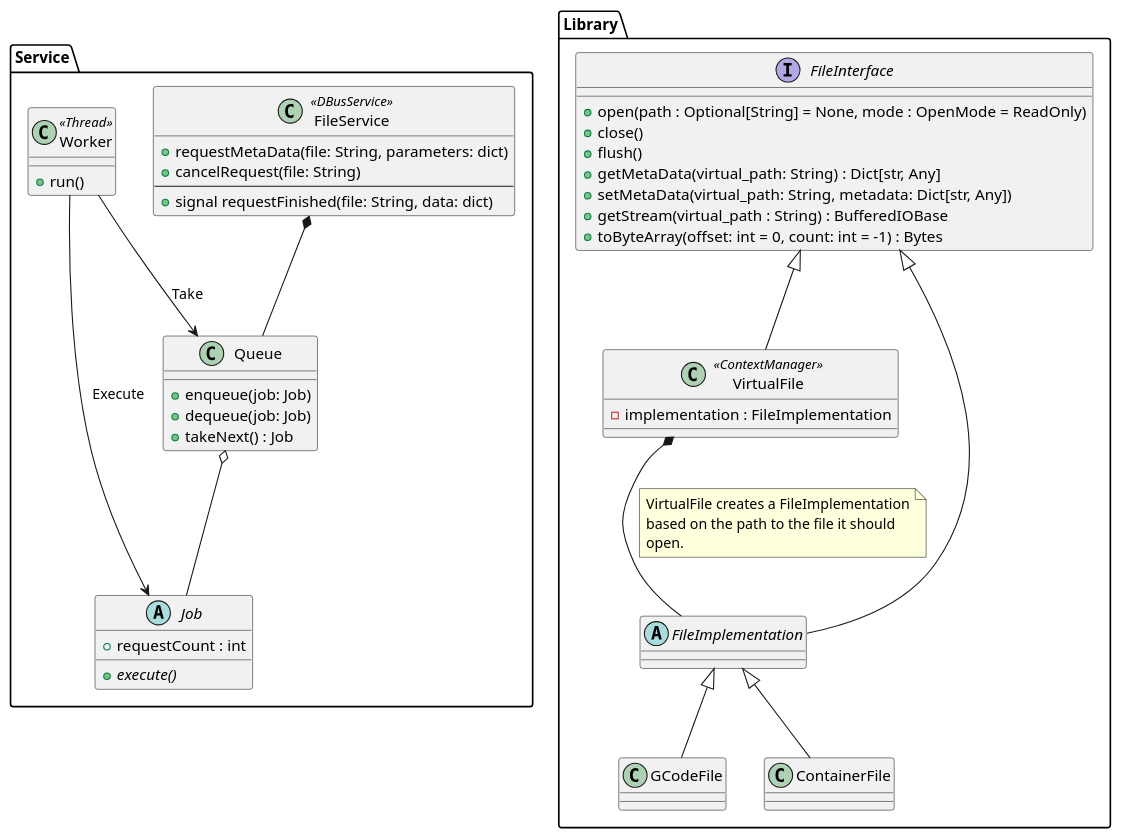
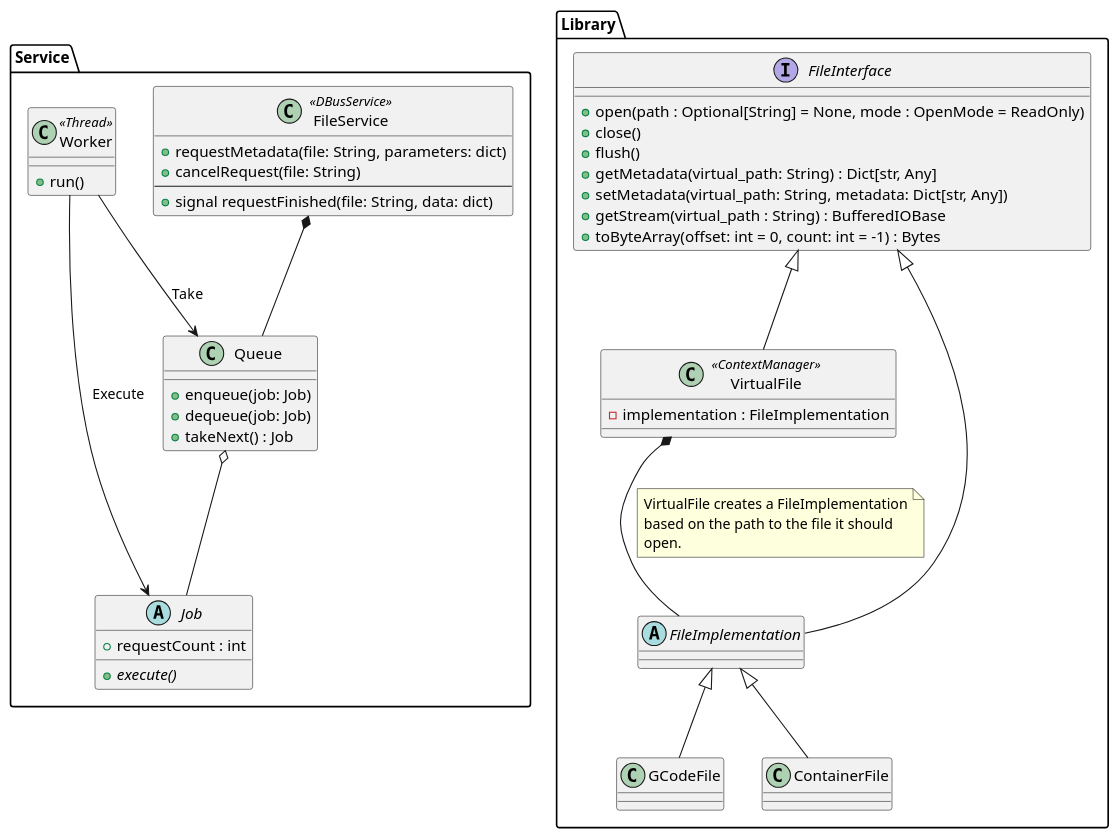
Before and after one commit to Ultimaker/libCharon: the diagram in docs/class_diagram.plantuml, drawn with PlantUML. The commit also changed 1 other file, not shown here.

Commit message:
Consistently use metadata as one word
It was using capital Ds in function names but lowercase ds in parameters. Let's see metadata as one word (like it is) and use lowercase d everywhere.

Contributes to issue CURA-4872.

```diff
--- a/docs/class_diagram.plantuml
+++ b/docs/class_diagram.plantuml
@@ -1,67 +1,67 @@
 @startuml
 
 package Service {
     class FileService << DBusService >> {
-        +requestMetaData(file: String, parameters: dict)
+        +requestMetadata(file: String, parameters: dict)
         +cancelRequest(file: String)
         ---
         +signal requestFinished(file: String, data: dict)
     }
 
     class Queue {
         +enqueue(job: Job)
         +dequeue(job: Job)
         +takeNext() : Job
     }
 
     class Worker << Thread >> {
         +run()
     }
 
     abstract class Job {
         {abstract} +execute()
         +requestCount : int
     }
 
     FileService *-- Queue
 
     Queue o-- Job
 
     Worker --> Queue : Take
     Worker --> Job : Execute
 }
 
 package Library {
 
     interface FileInterface {
         +open(path : Optional[String] = None, mode : OpenMode = ReadOnly)
         +close()
         +flush()
-        +getMetaData(virtual_path: String) : Dict[str, Any]
-        +setMetaData(virtual_path: String, metadata: Dict[str, Any])
+        +getMetadata(virtual_path: String) : Dict[str, Any]
+        +setMetadata(virtual_path: String, metadata: Dict[str, Any])
         +getStream(virtual_path : String) : BufferedIOBase
         +toByteArray(offset: int = 0, count: int = -1) : Bytes
     }
 
     class VirtualFile << ContextManager >> {
         -implementation : FileImplementation
     }
 
     abstract class FileImplementation {
     }
 
     FileInterface <|-- VirtualFile
     FileInterface <|-- FileImplementation
 
     VirtualFile *-- FileImplementation
     note on link
         VirtualFile creates a FileImplementation
         based on the path to the file it should
         open.
     end note
 
     FileImplementation <|-- GCodeFile
     FileImplementation <|-- ContainerFile
 }
 
 @enduml
```
